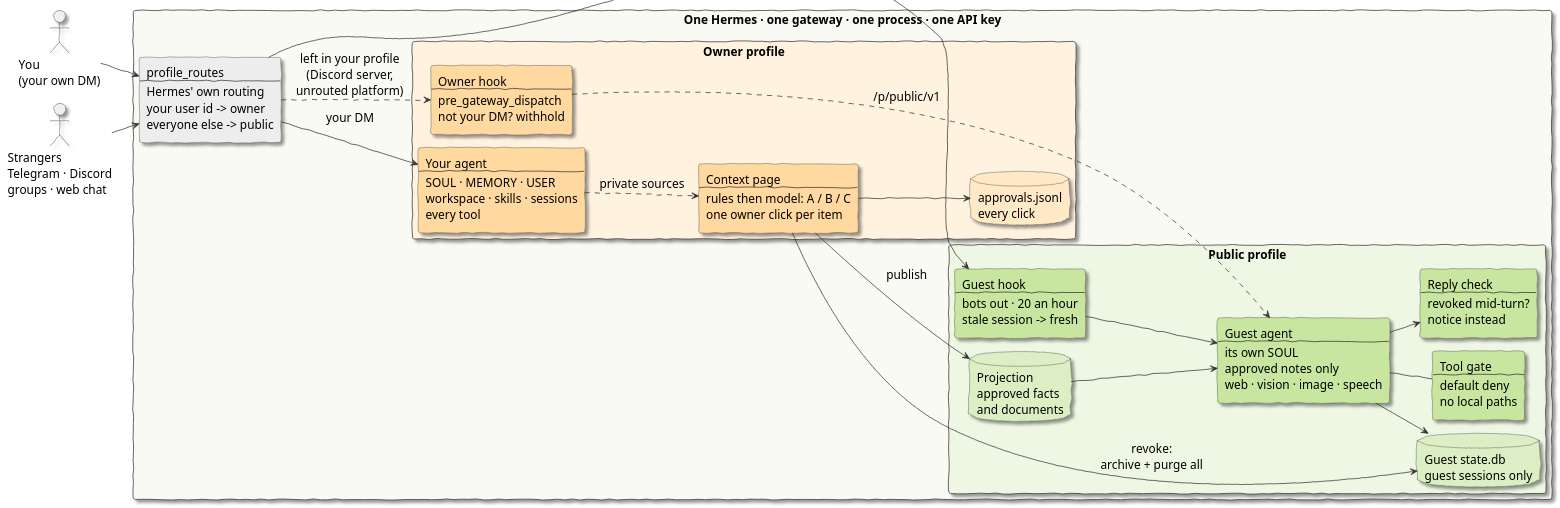
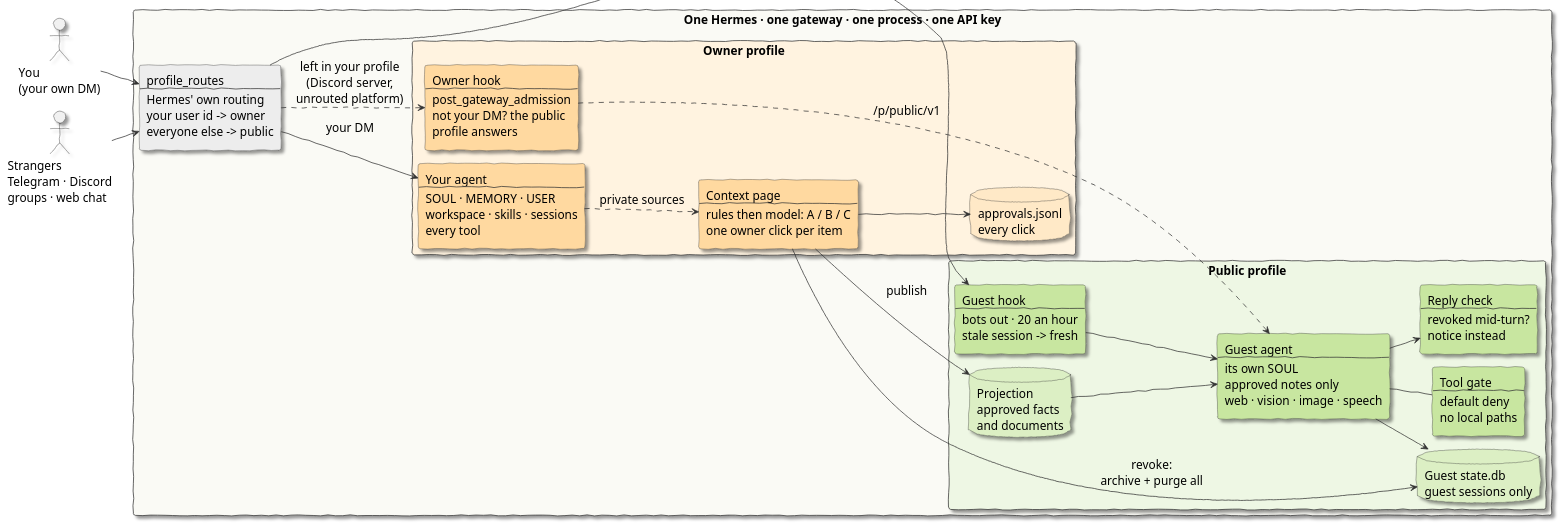
One commit to dotv-7/salts-secrets-plugin changed the diagram in docs/diagrams/overview.puml. Above: the diagram before and after it, drawn with PlantUML. The commit also changed 23 other files, not shown here.

Commit message:
Sync with salts-secrets #50: second line after admission (post_gateway_admission), model calls through agent.plugin_llm, no model keys copied to the public profile; version 0.5.0

```diff
--- a/docs/diagrams/overview.puml
+++ b/docs/diagrams/overview.puml
@@ -1,54 +1,54 @@
 @startuml
 !pragma layout smetana
 skinparam handwritten true
 skinparam defaultFontName "Patrick Hand"
 skinparam defaultFontSize 16
 skinparam shadowing true
 skinparam backgroundColor white
 skinparam ArrowColor #333333
 skinparam rectangle {
   RoundCorner 6
   BorderColor #333333
 }
 skinparam database {
   BorderColor #333333
 }
 left to right direction
 
 actor "You\n(your own DM)" as you
 actor "Strangers\nTelegram · Discord\ngroups · web chat" as guest
 
 rectangle "One Hermes · one gateway · one process · one API key" #FAFAF5 {
   rectangle "profile_routes\n--\nHermes' own routing\nyour user id -> owner\neveryone else -> public" as routes #EDEDED
   rectangle "Owner profile" #FFF3E0 {
     rectangle "Your agent\n--\nSOUL · MEMORY · USER\nworkspace · skills · sessions\nevery tool" as oagent #FFD9A0
-    rectangle "Owner hook\n--\npre_gateway_dispatch\nnot your DM? withhold" as ohook #FFD9A0
+    rectangle "Owner hook\n--\npost_gateway_admission\nnot your DM? the public\nprofile answers" as ohook #FFD9A0
     rectangle "Context page\n--\nrules then model: A / B / C\none owner click per item" as board #FFD9A0
     database "approvals.jsonl\nevery click" as log #FFE9C7
   }
   rectangle "Public profile" #EEF7E4 {
     rectangle "Guest hook\n--\nbots out · 20 an hour\nstale session -> fresh" as ghook #C8E6A0
     rectangle "Guest agent\n--\nits own SOUL\napproved notes only\nweb · vision · image · speech" as pagent #C8E6A0
     rectangle "Tool gate\n--\ndefault deny\nno local paths" as gate #C8E6A0
     rectangle "Reply check\n--\nrevoked mid-turn?\nnotice instead" as rcheck #C8E6A0
     database "Projection\napproved facts\nand documents" as proj #DCEFC4
     database "Guest state.db\nguest sessions only" as pdb #DCEFC4
   }
 }
 
 you --> routes
 guest --> routes
 routes --> oagent : your DM
 routes --> ghook
 routes ..> ohook : left in your profile\n(Discord server,\nunrouted platform)
 ohook ..> pagent : /p/public/v1
 ghook --> pagent
 oagent ..> board : private sources
 board --> proj : publish
 board --> log
 board --> pdb : revoke:\narchive + purge all
 proj --> pagent
 pagent -- gate
 pagent --> rcheck
 pagent --> pdb
 @enduml
```
